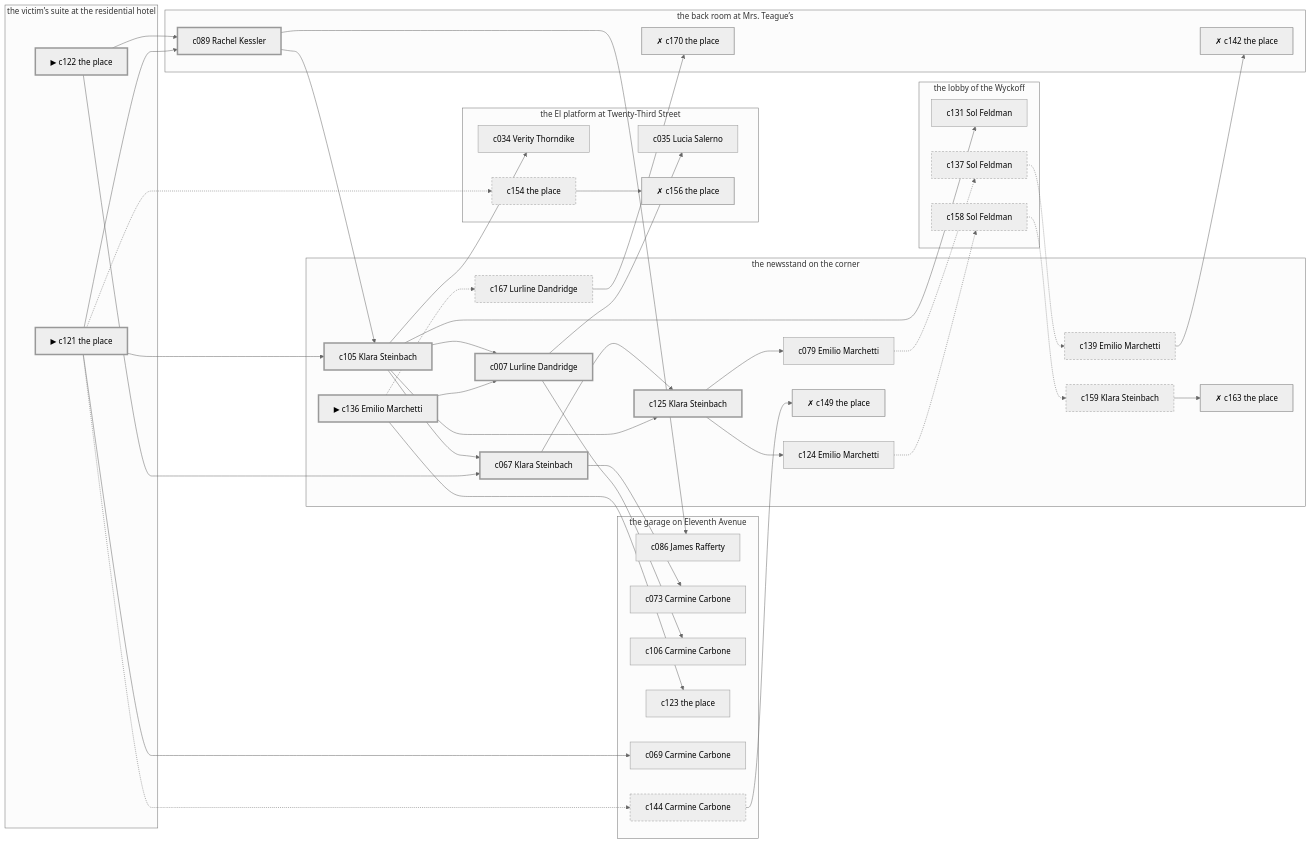
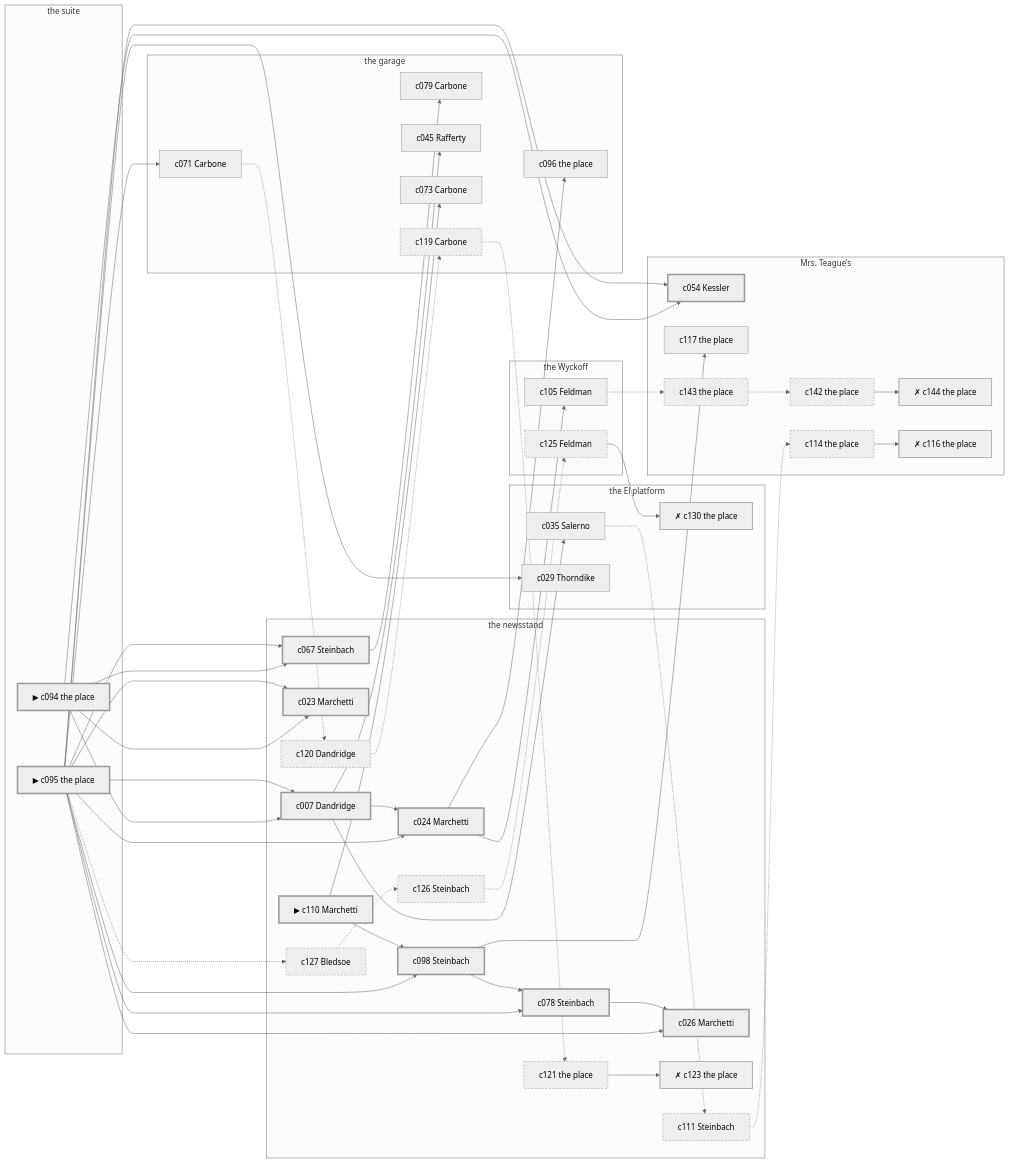
The diagram in docs/samples/case-5.md (lyamshin/dashiell), drawn with Mermaid (neutral theme) before and after one commit. The commit also changed other lines of this file and 60 other files, not shown here.

````diff
--- a/docs/samples/case-5.md
+++ b/docs/samples/case-5.md
@@ -306,85 +318,96 @@
 ```mermaid
 graph LR
-  subgraph P1["the lobby of the Wyckoff"]
-    c131["c131 Sol Feldman"]
-    c137["c137 Sol Feldman"]
-    c158["c158 Sol Feldman"]
+  subgraph P1["the Wyckoff"]
+    c105["c105 Feldman"]
+    c125["c125 Feldman"]
   end
-  subgraph P2["the back room at Mrs. Teague’s"]
-    c089["c089 Rachel Kessler"]
-    c170["✗ c170 the place"]
-    c142["✗ c142 the place"]
+  subgraph P2["Mrs. Teague’s"]
+    c054["c054 Kessler"]
+    c117["c117 the place"]
+    c143["c143 the place"]
+    c142["c142 the place"]
+    c144["✗ c144 the place"]
+    c114["c114 the place"]
+    c116["✗ c116 the place"]
   end
-  subgraph P3["the El platform at Twenty-Third Street"]
-    c035["c035 Lucia Salerno"]
-    c034["c034 Verity Thorndike"]
-    c154["c154 the place"]
-    c156["✗ c156 the place"]
+  subgraph P3["the El platform"]
+    c035["c035 Salerno"]
+    c029["c029 Thorndike"]
+    c130["✗ c130 the place"]
   end
-  subgraph P4["the newsstand on the corner"]
-    c136["▶ c136 Emilio Marchetti"]
-    c105["c105 Klara Steinbach"]
-    c067["c067 Klara Steinbach"]
-    c125["c125 Klara Steinbach"]
-    c007["c007 Lurline Dandridge"]
-    c124["c124 Emilio Marchetti"]
-    c079["c079 Emilio Marchetti"]
-    c149["✗ c149 the place"]
-    c167["c167 Lurline Dandridge"]
-    c139["c139 Emilio Marchetti"]
-    c159["c159 Klara Steinbach"]
-    c163["✗ c163 the place"]
+  subgraph P4["the newsstand"]
+    c110["▶ c110 Marchetti"]
+    c098["c098 Steinbach"]
+    c023["c023 Marchetti"]
+    c007["c007 Dandridge"]
+    c067["c067 Steinbach"]
+    c024["c024 Marchetti"]
+    c078["c078 Steinbach"]
+    c026["c026 Marchetti"]
+    c120["c120 Dandridge"]
+    c121["c121 the place"]
+    c123["✗ c123 the place"]
+    c127["c127 Bledsoe"]
+    c126["c126 Steinbach"]
+    c111["c111 Steinbach"]
   end
-  subgraph P5["the victim’s suite at the residential hotel"]
-    c121["▶ c121 the place"]
-    c122["▶ c122 the place"]
+  subgraph P5["the suite"]
+    c094["▶ c094 the place"]
+    c095["▶ c095 the place"]
   end
-  subgraph P6["the garage on Eleventh Avenue"]
-    c086["c086 James Rafferty"]
-    c073["c073 Carmine Carbone"]
-    c106["c106 Carmine Carbone"]
-    c123["c123 the place"]
-    c069["c069 Carmine Carbone"]
-    c144["c144 Carmine Carbone"]
+  subgraph P6["the garage"]
+    c079["c079 Carbone"]
+    c096["c096 the place"]
+    c071["c071 Carbone"]
+    c045["c045 Rafferty"]
+    c073["c073 Carbone"]
+    c119["c119 Carbone"]
   end
-  c121 --> c089
-  c121 --> c105
-  c121 --> c069
-  c121 -.-> c154
-  c121 -.-> c144
-  c122 --> c089
-  c122 --> c067
-  c136 --> c007
-  c136 --> c123
-  c136 -.-> c167
-  c089 --> c105
-  c089 --> c086
-  c105 --> c067
-  c105 --> c125
-  c105 --> c007
-  c105 --> c131
-  c105 --> c034
-  c067 --> c125
-  c067 --> c073
-  c125 --> c124
-  c125 --> c079
+  c094 --> c023
+  c094 --> c007
+  c094 --> c067
+  c094 --> c054
+  c095 --> c098
+  c095 --> c023
+  c095 --> c007
+  c095 --> c067
+  c095 --> c024
+  c095 --> c078
+  c095 --> c026
+  c095 --> c054
+  c095 --> c071
+  c095 --> c029
+  c095 -.-> c127
+  c110 --> c098
+  c110 --> c073
+  c098 --> c078
+  c098 --> c117
+  c007 --> c024
   c007 --> c035
-  c007 --> c106
-  c124 -.-> c158
-  c079 -.-> c137
-  c154 --> c156
-  c144 --> c149
-  c167 --> c170
-  c137 -.-> c139
-  c139 --> c142
-  c158 -.-> c159
-  c159 --> c163
+  c007 --> c045
+  c067 --> c079
+  c024 --> c105
+  c024 --> c096
+  c078 --> c026
+  c035 -.-> c111
+  c105 -.-> c143
+  c071 -.-> c120
+  c120 -.-> c119
+  c119 -.-> c121
+  c121 --> c123
+  c127 -.-> c126
+  c126 -.-> c125
+  c125 --> c130
+  c143 -.-> c142
+  c142 --> c144
+  c111 -.-> c114
+  c114 --> c116
   classDef spine stroke-width:3px;
   classDef corrob stroke-width:1px;
   classDef noise stroke-dasharray: 4 3;
   classDef disq stroke-width:2px,stroke-dasharray: 1 0;
-  class c121,c122,c136,c089,c105,c067,c125,c007 spine;
-  class c086,c035,c131,c073,c034,c106,c123,c124,c079,c069 corrob;
-  class c154,c144,c167,c137,c139,c158,c159 noise;
-  class c156,c149,c170,c142,c163 disq;
+  class c094,c095,c110,c098,c023,c007,c067,c024,c078,c026,c054 spine;
+  class c079,c035,c105,c096,c071,c117,c029,c045,c073 corrob;
+  class c120,c119,c121,c127,c126,c125,c143,c142,c111,c114 noise;
+  class c123,c130,c144,c116 disq;
 ```
````
